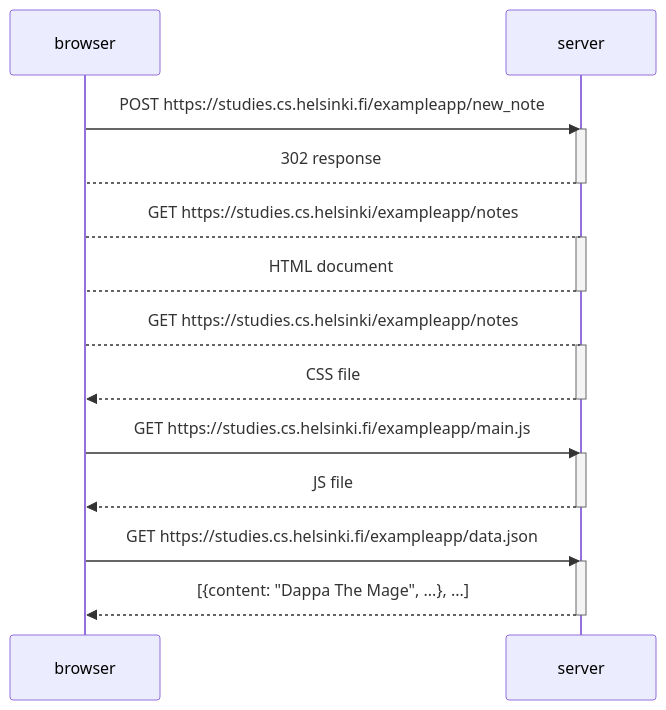
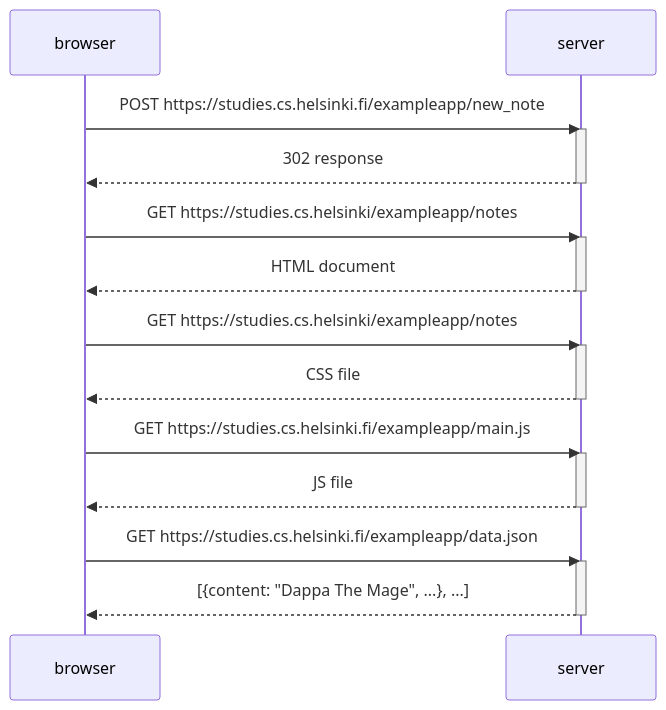
The diagram in part0/04_new_note_diagram.md (chmcgahan/fso), drawn with Mermaid before and after one commit.

````diff
--- a/part0/04_new_note_diagram.md
+++ b/part0/04_new_note_diagram.md
@@ -1,30 +1,30 @@
 ```mermaid
 sequenceDiagram
 	participant browser
 	participant server
 
 	browser->>server: POST https://studies.cs.helsinki.fi/exampleapp/new_note
 	activate server
-	server-->browser: 302 response
+	server-->>browser: 302 response
 	deactivate server
 
-	browser-->server: GET https://studies.cs.helsinki/exampleapp/notes
+	browser->>server: GET https://studies.cs.helsinki/exampleapp/notes
 	activate server
-	server-->browser: HTML document
+	server-->>browser: HTML document
 	deactivate server
 
-	browser-->server: GET https://studies.cs.helsinki/exampleapp/notes
+	browser->>server: GET https://studies.cs.helsinki/exampleapp/notes
 	activate server
 	server-->>browser: CSS file
 	deactivate server
 
 	browser->>server: GET https://studies.cs.helsinki.fi/exampleapp/main.js
 	activate server
 	server-->>browser: JS file
 	deactivate server
 
 	browser->>server: GET https://studies.cs.helsinki.fi/exampleapp/data.json
 	activate server
 	server-->>browser: [{content: "Dappa The Mage", ...}, ...]
 	deactivate server
 ```
````
